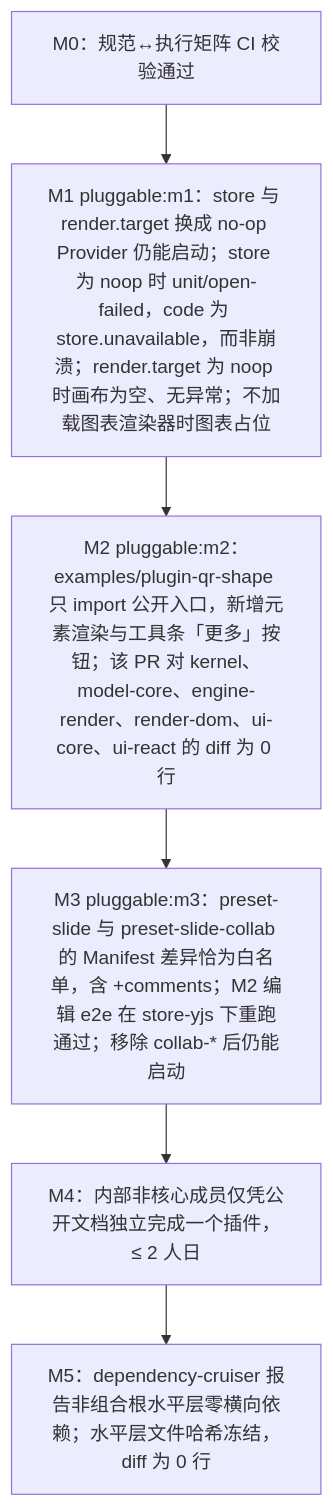
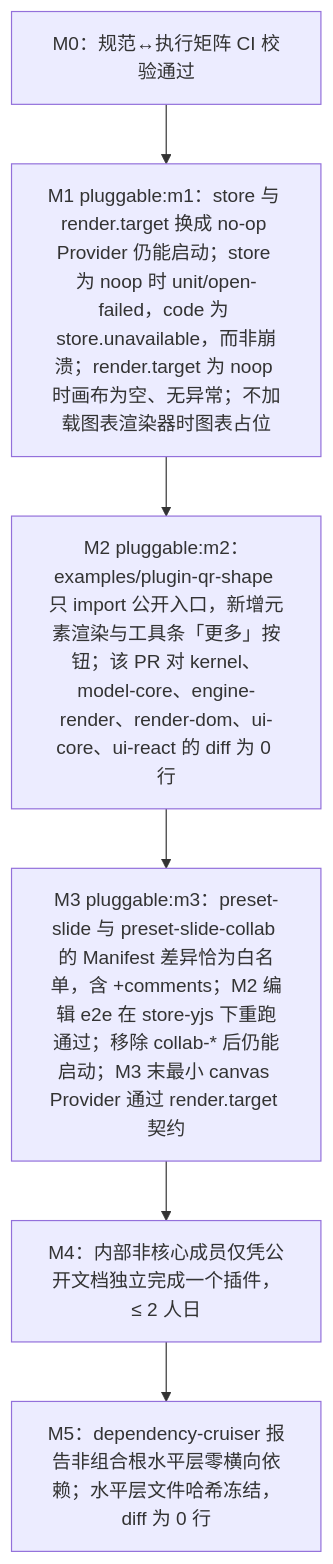
Before and after one commit to Xeonice/cordis-ppt-editor: the third of 4 diagrams in docs/10-prd/05-milestones-and-scope.md, drawn with Mermaid. The commit also changed other lines of this file and 19 other files, not shown here.

````diff
--- a/docs/10-prd/05-milestones-and-scope.md
+++ b/docs/10-prd/05-milestones-and-scope.md
@@ -63,10 +65,10 @@
 ```mermaid
 flowchart TB
   m0["M0：规范↔执行矩阵 CI 校验通过"]
   m1["M1 pluggable:m1：store 与 render.target 换成 no-op Provider 仍能启动；store 为 noop 时 unit/open-failed，code 为 store.unavailable，而非崩溃；render.target 为 noop 时画布为空、无异常；不加载图表渲染器时图表占位"]
   m2["M2 pluggable:m2：examples/plugin-qr-shape 只 import 公开入口，新增元素渲染与工具条「更多」按钮；该 PR 对 kernel、model-core、engine-render、render-dom、ui-core、ui-react 的 diff 为 0 行"]
-  m3["M3 pluggable:m3：preset-slide 与 preset-slide-collab 的 Manifest 差异恰为白名单，含 +comments；M2 编辑 e2e 在 store-yjs 下重跑通过；移除 collab-* 后仍能启动"]
+  m3["M3 pluggable:m3：preset-slide 与 preset-slide-collab 的 Manifest 差异恰为白名单，含 +comments；M2 编辑 e2e 在 store-yjs 下重跑通过；移除 collab-* 后仍能启动；M3 末最小 canvas Provider 通过 render.target 契约"]
   m4["M4：内部非核心成员仅凭公开文档独立完成一个插件，≤ 2 人日"]
   m5["M5：dependency-cruiser 报告非组合根水平层零横向依赖；水平层文件哈希冻结，diff 为 0 行"]
   m0 --> m1 --> m2 --> m3 --> m4 --> m5
 ```
````
